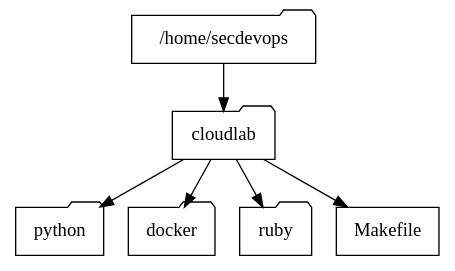
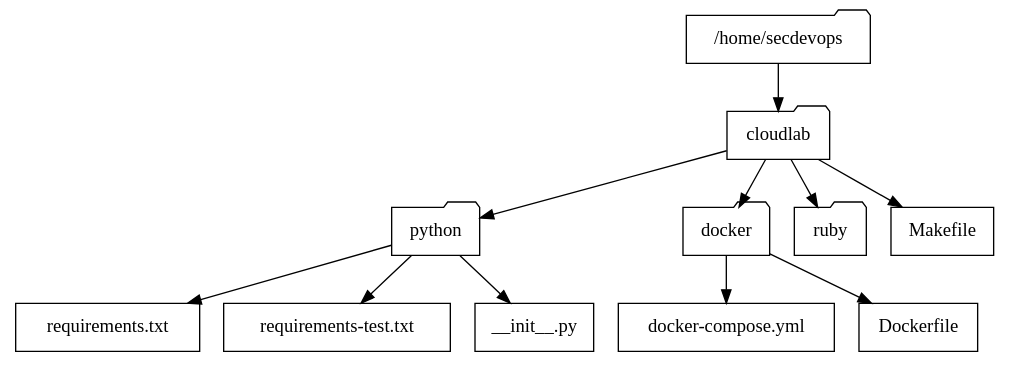
The diagram in docs/_source/makefiles.rst (ajcborges/devsecops-tactical-workbook), drawn with Graphviz before and after one commit. The commit also changed other lines of this file and 12 other files, not shown here.

```diff
--- a/docs/_source/makefiles.rst
+++ b/docs/_source/makefiles.rst
@@ -69,17 +120,27 @@
 .. graphviz::
    :caption: Project Directory
    :align: center
 
    digraph folders {
       "/home/secdevops" [shape=folder];
       "cloudlab" [shape=folder];
       "python" [shape=folder];
       "docker" [shape=folder];
       "ruby" [shape=folder];
       "Makefile" [shape=rect];
+      "requirements.txt" [shape=rectangle];
+      "requirements-test.txt" [shape=rectangle];
+      "__init__.py" [shape=rectangle];
+      "docker-compose.yml" [shape=rect];
+      "Dockerfile" [shape=rect];
       "/home/secdevops" -> "cloudlab";
       "cloudlab" -> "python";
+      "python" -> "__init__.py";
+      "python" -> "requirements.txt";
+      "python" -> "requirements-test.txt";
       "cloudlab" -> "ruby";
       "cloudlab" -> "docker";
       "cloudlab" -> "Makefile";
+      "docker" -> "Dockerfile";
+      "docker" -> "docker-compose.yml";
    }
```
